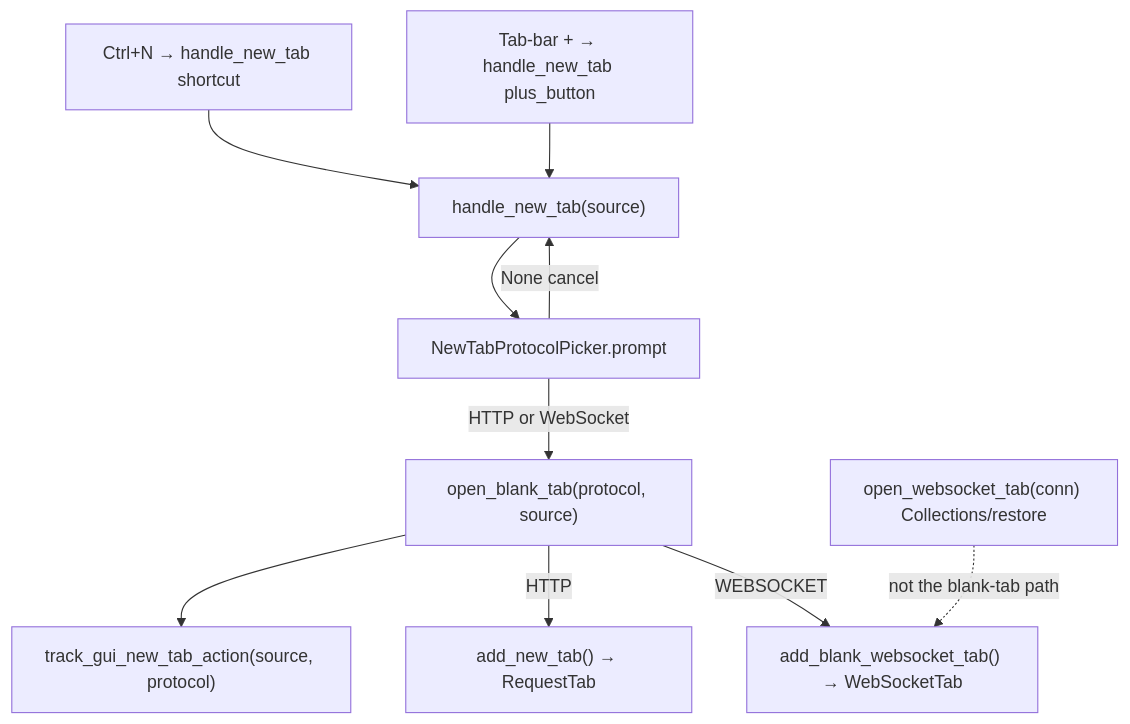
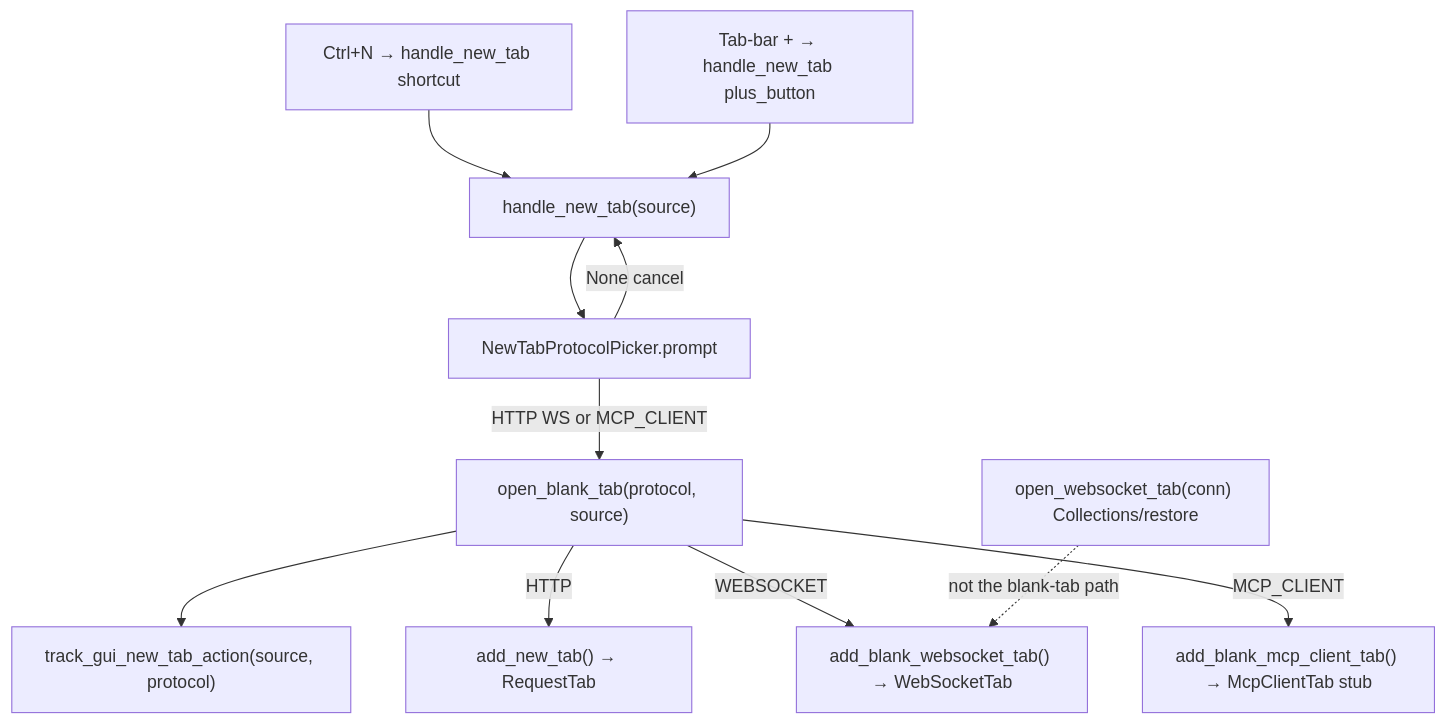
One commit to koctep/pypost changed the diagram in doc/dev/new_tab_protocol_picker.md. Above: the diagram before and after it, drawn with Mermaid. The commit also changed other lines of this file and 24 other files, not shown here.

First line of the commit message:
feature(tabs): PYPOST-1165 add MCP Client as third picker item

````diff
--- a/doc/dev/new_tab_protocol_picker.md
+++ b/doc/dev/new_tab_protocol_picker.md
@@ -40,22 +49,24 @@
 ```mermaid
 flowchart TB
     CtrlN["Ctrl+N → handle_new_tab shortcut"]
     PlusBtn["Tab-bar + → handle_new_tab plus_button"]
     HandleNew["handle_new_tab(source)"]
     Picker["NewTabProtocolPicker.prompt"]
     OpenBlank["open_blank_tab(protocol, source)"]
     Metrics["track_gui_new_tab_action(source, protocol)"]
     AddHTTP["add_new_tab() → RequestTab"]
     AddWS["add_blank_websocket_tab() → WebSocketTab"]
+    AddMCP["add_blank_mcp_client_tab() → McpClientTab stub"]
     SavedWS["open_websocket_tab(conn) Collections/restore"]
 
     CtrlN --> HandleNew
     PlusBtn --> HandleNew
     HandleNew --> Picker
     Picker -->|None cancel| HandleNew
-    Picker -->|HTTP or WebSocket| OpenBlank
+    Picker -->|HTTP WS or MCP_CLIENT| OpenBlank
     OpenBlank --> Metrics
     OpenBlank -->|HTTP| AddHTTP
     OpenBlank -->|WEBSOCKET| AddWS
+    OpenBlank -->|MCP_CLIENT| AddMCP
     SavedWS -.->|not the blank-tab path| AddWS
 ```
````
